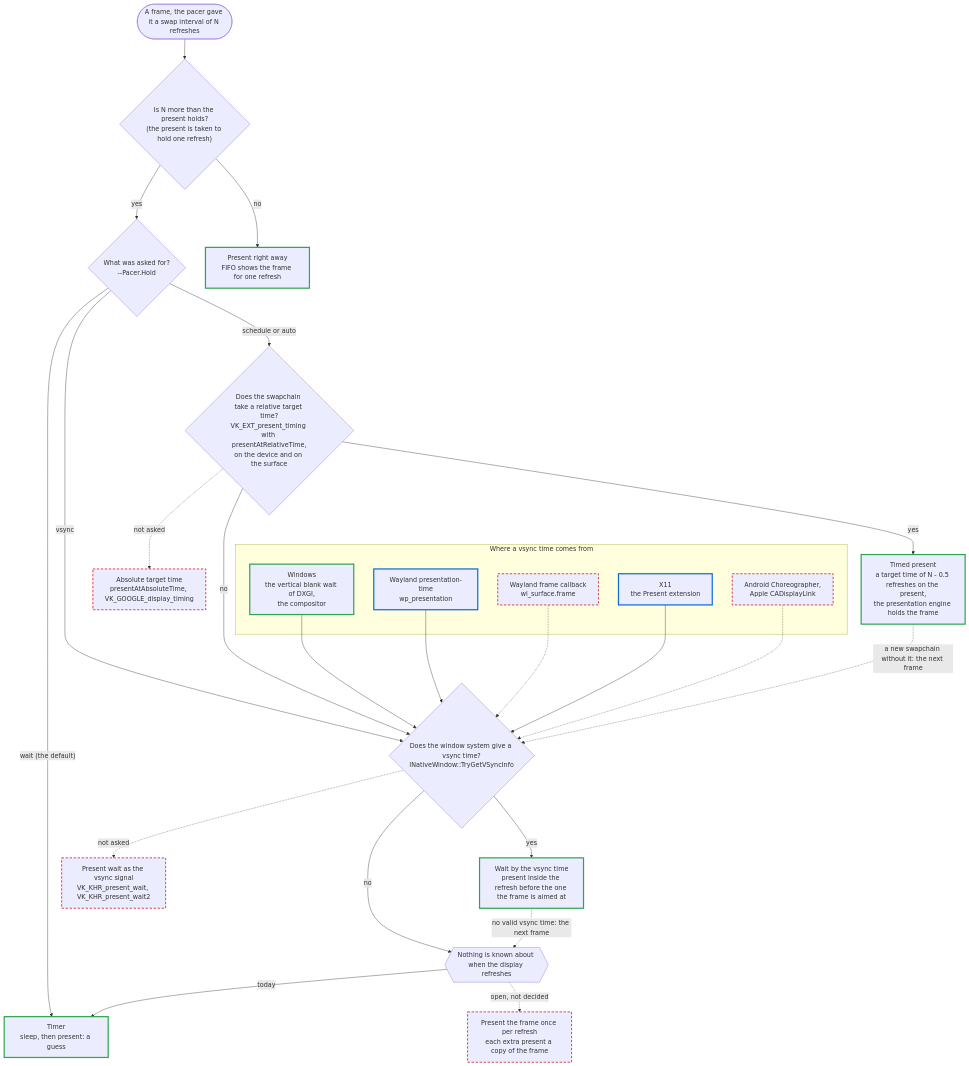
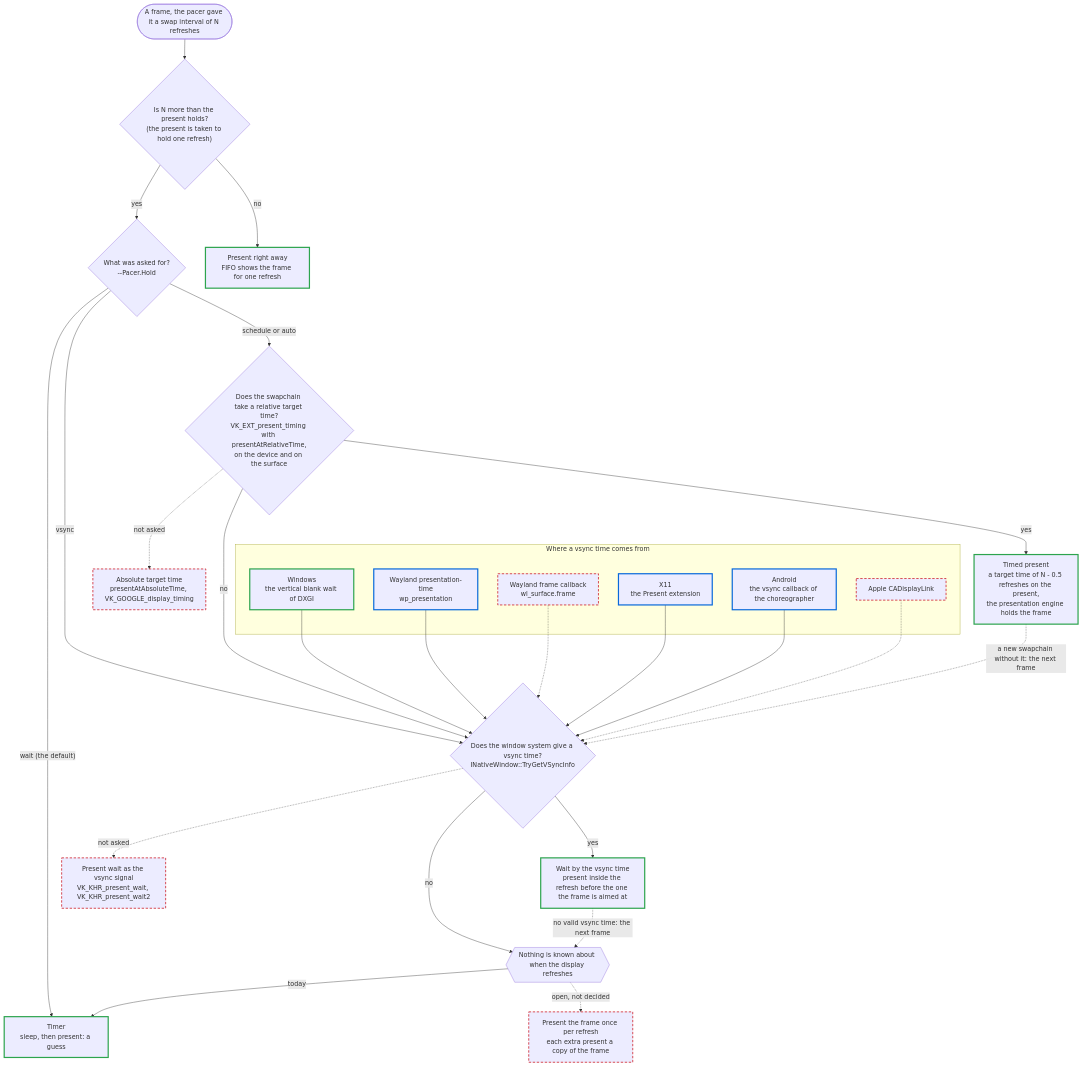
One commit to Unarmed1000/gtec-demo-framework changed the diagram in Doc/FramePacingPlatformSupport.md. Above: the diagram before and after it, drawn with Mermaid. The commit also changed other lines of this file and 6 other files, not shown here.

First line of the commit message:
Android: the window gives a vsync time from the vsync callback of the choreographer (API level 33)

````diff
--- a/Doc/FramePacingPlatformSupport.md
+++ b/Doc/FramePacingPlatformSupport.md
@@ -210,54 +211,56 @@
 ```mermaid
 flowchart TD
     frame(["A frame, the pacer gave it a swap interval of N refreshes"])
     q1{"Is N more than the present holds?<br/>(the present is taken to hold one refresh)"}
     q2{"What was asked for?<br/>--Pacer.Hold"}
     q3{"Does the swapchain take a relative target time?<br/>VK_EXT_present_timing with presentAtRelativeTime,<br/>on the device and on the surface"}
     q4{"Does the window system give a vsync time?<br/>INativeWindow::TryGetVSyncInfo"}
     nothing{{"Nothing is known about when the display refreshes"}}
 
     fifo["Present right away<br/>FIFO shows the frame for one refresh"]:::measured
     schedule["Timed present<br/>a target time of N - 0.5 refreshes on the present,<br/>the presentation engine holds the frame"]:::measured
     vsync["Wait by the vsync time<br/>present inside the refresh before the one the frame is aimed at"]:::measured
     timer["Timer<br/>sleep, then present: a guess"]:::measured
 
     absolute["Absolute target time<br/>presentAtAbsoluteTime, VK_GOOGLE_display_timing"]:::notbuilt
     presentwait["Present wait as the vsync signal<br/>VK_KHR_present_wait, VK_KHR_present_wait2"]:::notbuilt
     again["Present the frame once per refresh<br/>each extra present a copy of the frame"]:::notbuilt
 
     subgraph sources ["Where a vsync time comes from"]
-        win["Windows<br/>the vertical blank wait of DXGI,<br/>the compositor"]:::measured
+        win["Windows<br/>the vertical blank wait of DXGI"]:::measured
         wlpresentation["Wayland presentation-time<br/>wp_presentation"]:::built
         wlframe["Wayland frame callback<br/>wl_surface.frame"]:::notbuilt
         x11present["X11<br/>the Present extension"]:::built
-        other["Android Choreographer,<br/>Apple CADisplayLink"]:::notbuilt
+        android["Android<br/>the vsync callback of the choreographer"]:::built
+        other["Apple CADisplayLink"]:::notbuilt
     end
 
     frame --> q1
     q1 -- "no" --> fifo
     q1 -- "yes" --> q2
     q2 -- "schedule or auto" --> q3
     q2 -- "vsync" --> q4
     q2 -- "wait (the default)" --> timer
     q3 -- "yes" --> schedule
     q3 -- "no" --> q4
     q4 -- "yes" --> vsync
     q4 -- "no" --> nothing
     nothing -- "today" --> timer
     nothing -. "open, not decided" .-> again
 
     win --> q4
     wlpresentation --> q4
     wlframe -.-> q4
     x11present --> q4
+    android --> q4
     other -.-> q4
     q3 -. "not asked" .-> absolute
     q4 -. "not asked" .-> presentwait
 
     schedule -. "a new swapchain without it: the next frame" .-> q4
     vsync -. "no valid vsync time: the next frame" .-> nothing
 
     classDef measured stroke:#2da44e,stroke-width:3px
     classDef built stroke:#0969da,stroke-width:3px
     classDef notbuilt stroke:#cf222e,stroke-width:2px,stroke-dasharray:6 4
 ```
````
